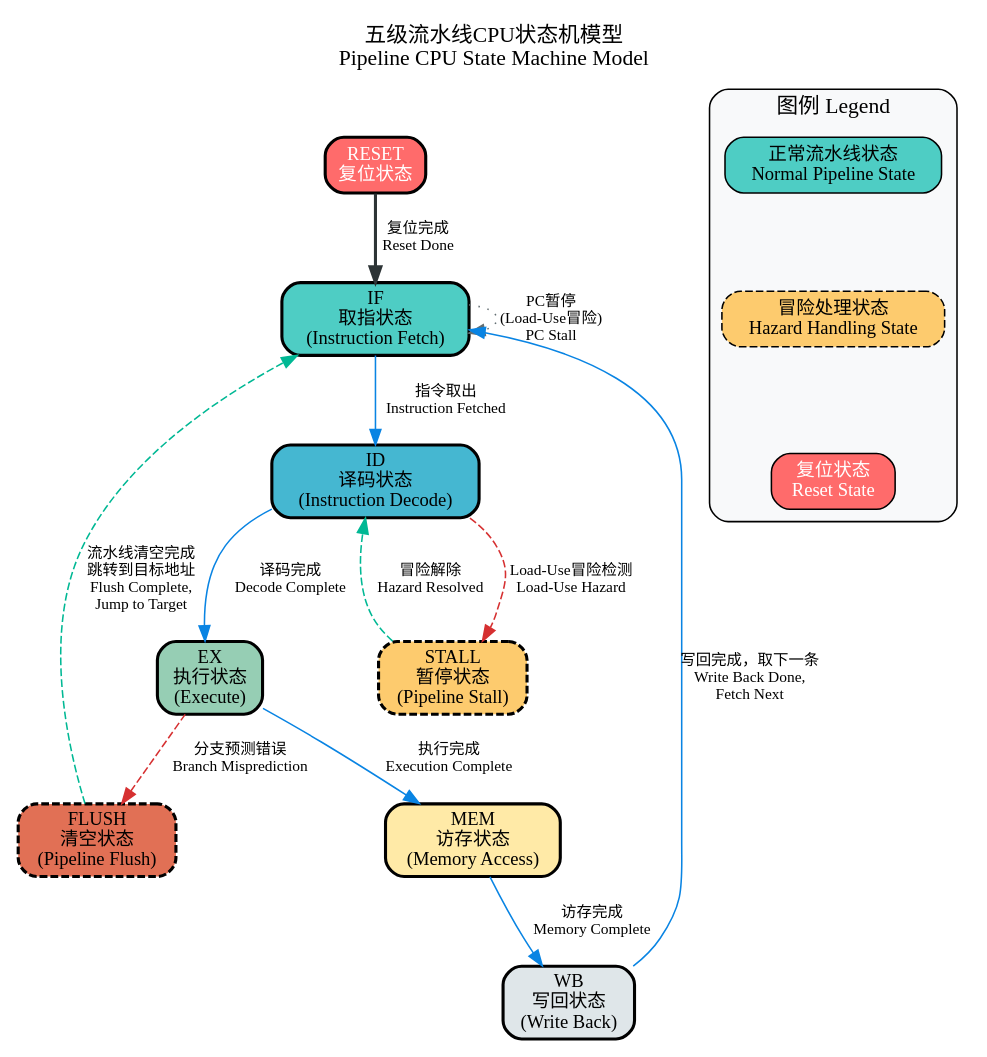
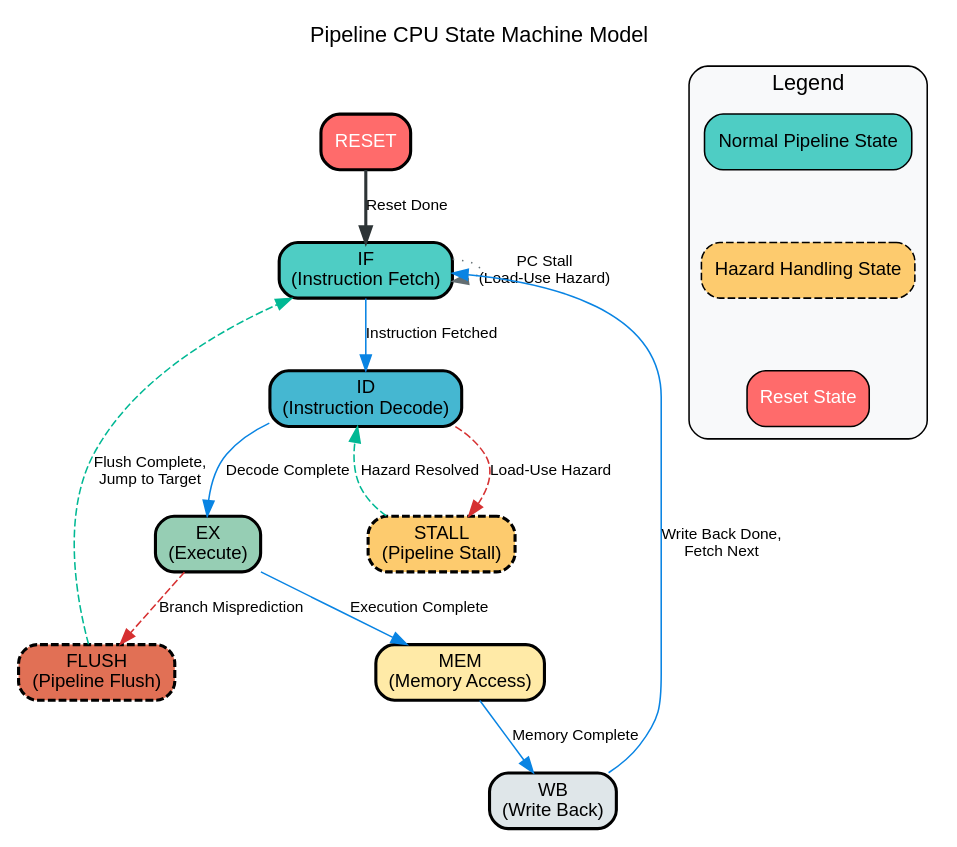
The diagram in report/rtl_diagrams/pipeline_state_machine.dot (Narwhal-Wu/fpgachina2025_48687), drawn with Graphviz before and after one commit. The commit also changed 2 other files, not shown here.

Commit message:
Update diagram to English-only and enhance Chinese documentation

```diff
--- a/report/rtl_diagrams/pipeline_state_machine.dot
+++ b/report/rtl_diagrams/pipeline_state_machine.dot
@@ -1,54 +1,54 @@
 digraph pipeline_state_machine {
     rankdir=TB;
-    node [shape=rectangle, style="rounded,filled", fontname="SimHei", fontsize=12];
-    edge [fontname="SimHei", fontsize=10];
+    node [shape=rectangle, style="rounded,filled", fontname="Arial", fontsize=12];
+    edge [fontname="Arial", fontsize=10];
     
     // Set graph attributes
-    graph [fontname="SimHei", fontsize=14, label="五级流水线CPU状态机模型\nPipeline CPU State Machine Model", labelloc=t];
+    graph [fontname="Arial", fontsize=14, label="Pipeline CPU State Machine Model", labelloc=t];
     
     // Define states
-    RESET [label="RESET\n复位状态", fillcolor="#ff6b6b", fontcolor="white", penwidth=2];
-    IF [label="IF\n取指状态\n(Instruction Fetch)", fillcolor="#4ecdc4", penwidth=2];
-    ID [label="ID\n译码状态\n(Instruction Decode)", fillcolor="#45b7d1", penwidth=2];
-    EX [label="EX\n执行状态\n(Execute)", fillcolor="#96ceb4", penwidth=2];
-    MEM [label="MEM\n访存状态\n(Memory Access)", fillcolor="#ffeaa7", penwidth=2];
-    WB [label="WB\n写回状态\n(Write Back)", fillcolor="#dfe6e9", penwidth=2];
-    STALL [label="STALL\n暂停状态\n(Pipeline Stall)", fillcolor="#fdcb6e", penwidth=2, style="rounded,filled,dashed"];
-    FLUSH [label="FLUSH\n清空状态\n(Pipeline Flush)", fillcolor="#e17055", penwidth=2, style="rounded,filled,dashed"];
+    RESET [label="RESET", fillcolor="#ff6b6b", fontcolor="white", penwidth=2];
+    IF [label="IF\n(Instruction Fetch)", fillcolor="#4ecdc4", penwidth=2];
+    ID [label="ID\n(Instruction Decode)", fillcolor="#45b7d1", penwidth=2];
+    EX [label="EX\n(Execute)", fillcolor="#96ceb4", penwidth=2];
+    MEM [label="MEM\n(Memory Access)", fillcolor="#ffeaa7", penwidth=2];
+    WB [label="WB\n(Write Back)", fillcolor="#dfe6e9", penwidth=2];
+    STALL [label="STALL\n(Pipeline Stall)", fillcolor="#fdcb6e", penwidth=2, style="rounded,filled,dashed"];
+    FLUSH [label="FLUSH\n(Pipeline Flush)", fillcolor="#e17055", penwidth=2, style="rounded,filled,dashed"];
     
     // State transitions for normal flow
-    RESET -> IF [label="复位完成\nReset Done", color="#2d3436", penwidth=2];
-    IF -> ID [label="指令取出\nInstruction Fetched", color="#0984e3"];
-    ID -> EX [label="译码完成\nDecode Complete", color="#0984e3"];
-    EX -> MEM [label="执行完成\nExecution Complete", color="#0984e3"];
-    MEM -> WB [label="访存完成\nMemory Complete", color="#0984e3"];
-    WB -> IF [label="写回完成，取下一条\nWrite Back Done,\nFetch Next", color="#0984e3"];
+    RESET -> IF [label="Reset Done", color="#2d3436", penwidth=2];
+    IF -> ID [label="Instruction Fetched", color="#0984e3"];
+    ID -> EX [label="Decode Complete", color="#0984e3"];
+    EX -> MEM [label="Execution Complete", color="#0984e3"];
+    MEM -> WB [label="Memory Complete", color="#0984e3"];
+    WB -> IF [label="Write Back Done,\nFetch Next", color="#0984e3"];
     
     // Hazard handling
-    ID -> STALL [label="Load-Use冒险检测\nLoad-Use Hazard", color="#d63031", style="dashed"];
-    STALL -> ID [label="冒险解除\nHazard Resolved", color="#00b894", style="dashed"];
+    ID -> STALL [label="Load-Use Hazard", color="#d63031", style="dashed"];
+    STALL -> ID [label="Hazard Resolved", color="#00b894", style="dashed"];
     
     // Branch handling
-    EX -> FLUSH [label="分支预测错误\nBranch Misprediction", color="#d63031", style="dashed"];
-    FLUSH -> IF [label="流水线清空完成\n跳转到目标地址\nFlush Complete,\nJump to Target", color="#00b894", style="dashed"];
+    EX -> FLUSH [label="Branch Misprediction", color="#d63031", style="dashed"];
+    FLUSH -> IF [label="Flush Complete,\nJump to Target", color="#00b894", style="dashed"];
     
     // Self loop for continuous operation
-    IF -> IF [label="PC暂停\n(Load-Use冒险)\nPC Stall", color="#636e72", style="dotted"];
+    IF -> IF [label="PC Stall\n(Load-Use Hazard)", color="#636e72", style="dotted"];
     
     // Legend
     subgraph cluster_legend {
-        label="图例 Legend";
-        fontname="SimHei";
+        label="Legend";
+        fontname="Arial";
         style="filled,rounded";
         fillcolor="#f8f9fa";
         
         node [shape=rectangle, style="rounded,filled"];
         
-        legend_normal [label="正常流水线状态\nNormal Pipeline State", fillcolor="#4ecdc4", fontname="SimHei"];
-        legend_hazard [label="冒险处理状态\nHazard Handling State", fillcolor="#fdcb6e", style="rounded,filled,dashed", fontname="SimHei"];
-        legend_reset [label="复位状态\nReset State", fillcolor="#ff6b6b", fontcolor="white", fontname="SimHei"];
+        legend_normal [label="Normal Pipeline State", fillcolor="#4ecdc4", fontname="Arial"];
+        legend_hazard [label="Hazard Handling State", fillcolor="#fdcb6e", style="rounded,filled,dashed", fontname="Arial"];
+        legend_reset [label="Reset State", fillcolor="#ff6b6b", fontcolor="white", fontname="Arial"];
         
         legend_normal -> legend_hazard [style="invis"];
         legend_hazard -> legend_reset [style="invis"];
     }
 }
```
